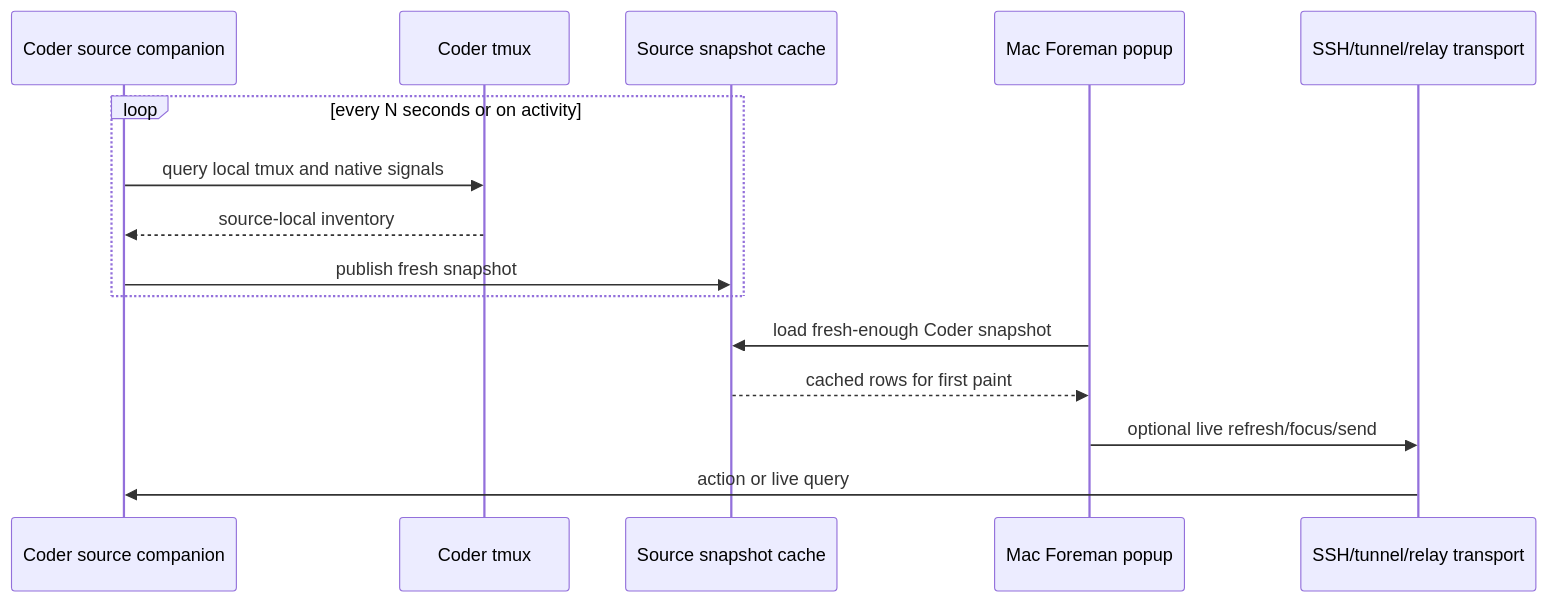
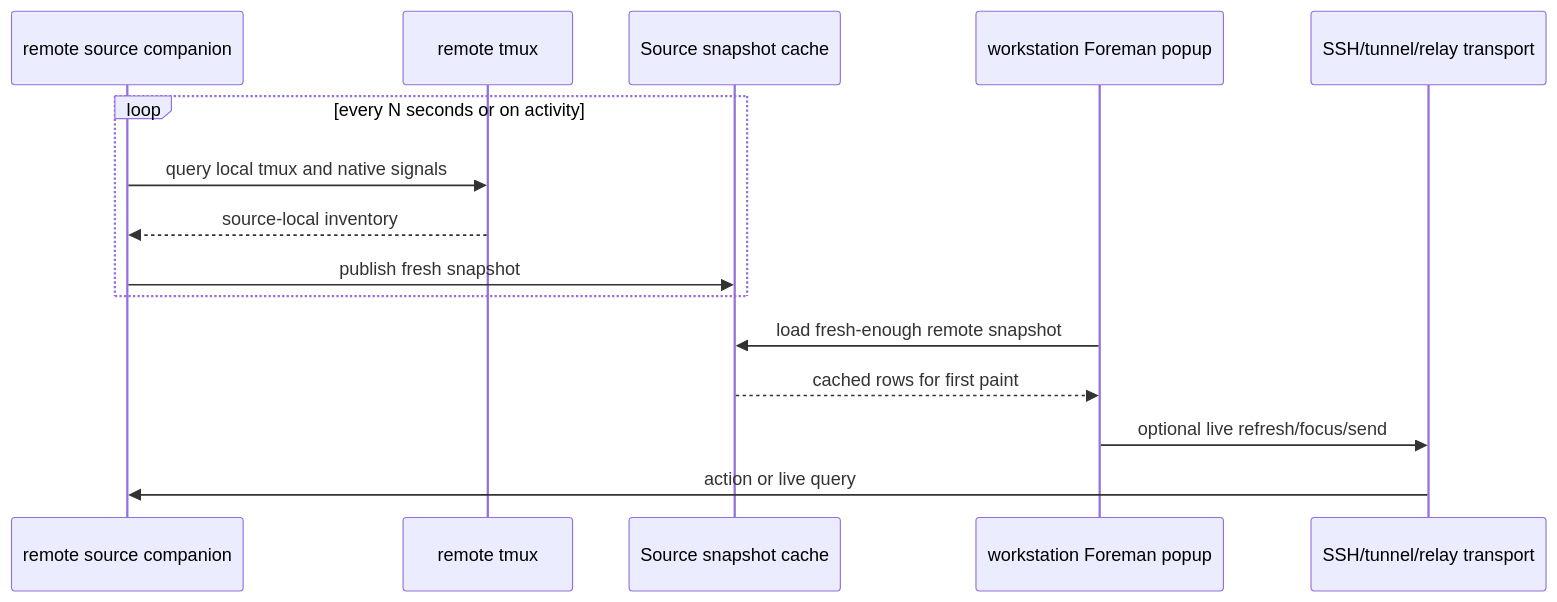
Before and after one commit to safurrier/foreman: the third of 8 diagrams in docs/decisions/0004-source-companion-relay.md, drawn with Mermaid. The commit also changed other lines of this file and 26 other files, not shown here.

First line of the commit message:
Add source companion transport and prewarmer support

````diff
--- a/docs/decisions/0004-source-companion-relay.md
+++ b/docs/decisions/0004-source-companion-relay.md
@@ -157,19 +186,19 @@
 ```mermaid
 sequenceDiagram
-    participant Companion as Coder source companion
-    participant Tmux as Coder tmux
+    participant Companion as remote source companion
+    participant Tmux as remote tmux
     participant Cache as Source snapshot cache
-    participant Popup as Mac Foreman popup
+    participant Popup as workstation Foreman popup
     participant Transport as SSH/tunnel/relay transport
 
     loop every N seconds or on activity
         Companion->>Tmux: query local tmux and native signals
         Tmux-->>Companion: source-local inventory
         Companion->>Cache: publish fresh snapshot
     end
 
-    Popup->>Cache: load fresh-enough Coder snapshot
+    Popup->>Cache: load fresh-enough remote snapshot
     Cache-->>Popup: cached rows for first paint
     Popup->>Transport: optional live refresh/focus/send
     Transport->>Companion: action or live query
 ```
````
